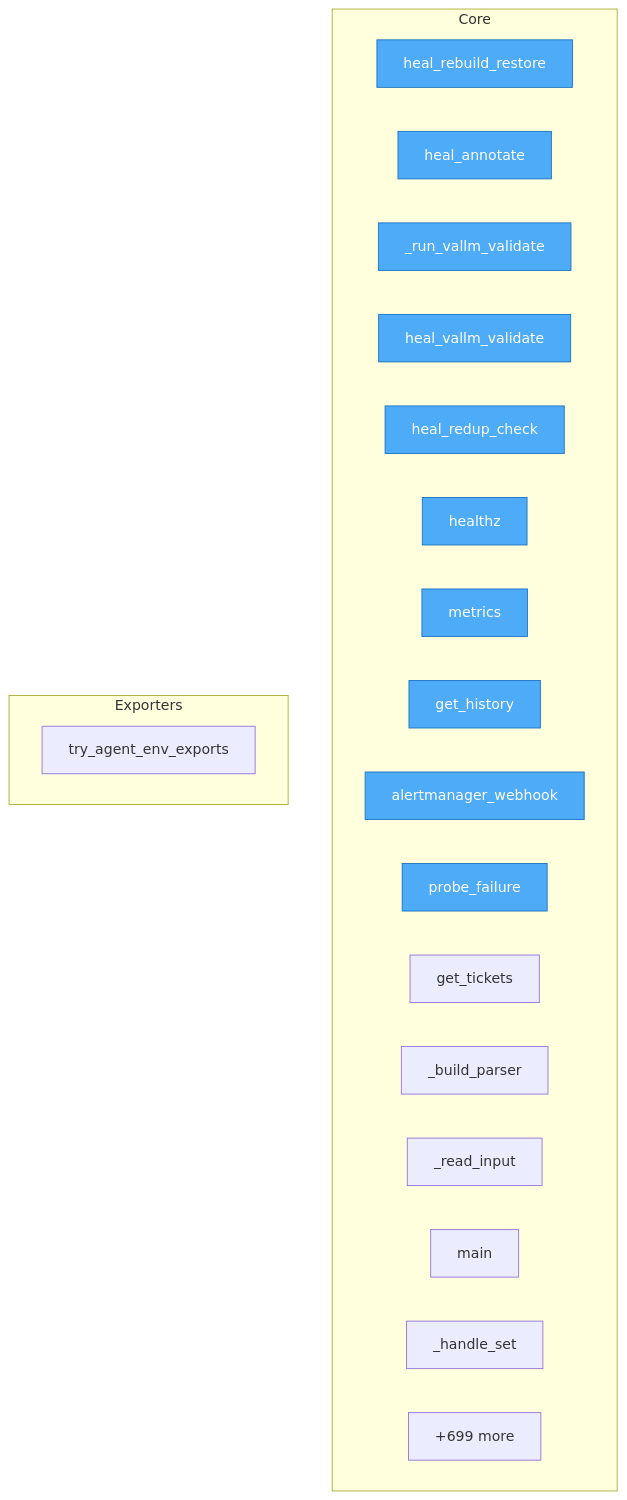
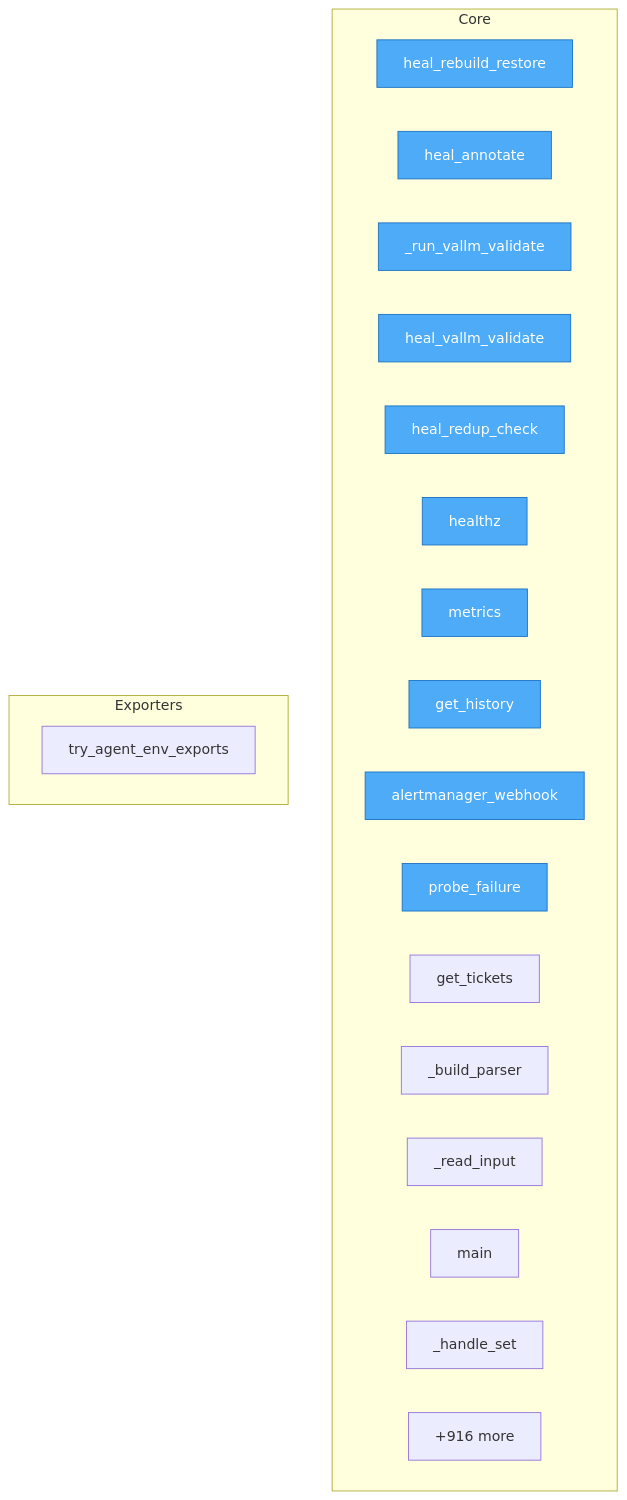
Before and after one commit to semcod/koru: the diagram in project/flow.mmd, drawn with Mermaid. The commit also changed 41 other files, not shown here.

```diff
--- a/project/flow.mmd
+++ b/project/flow.mmd
@@ -1,30 +1,30 @@
 flowchart TD
-%% generated in 0.04s
+%% generated in 0.07s
 
     %% Entry points (blue)
     classDef entry fill:#4dabf7,stroke:#1971c2,color:#fff
 
     subgraph Core
         services__healing_webhook__app__heal_rebuild_restore["heal_rebuild_restore"]
         services__healing_webhook__app__heal_annotate["heal_annotate"]
         services__healing_webhook__app___run_vallm_validate["_run_vallm_validate"]
         services__healing_webhook__app__heal_vallm_validate["heal_vallm_validate"]
         services__healing_webhook__app__heal_redup_check["heal_redup_check"]
         services__healing_webhook__app__healthz["healthz"]
         services__healing_webhook__app__metrics["metrics"]
         services__healing_webhook__app__get_history["get_history"]
         services__healing_webhook__app__alertmanager_webhook["alertmanager_webhook"]
         services__healing_webhook__app__probe_failure["probe_failure"]
         services__healing_webhook__app__get_tickets["get_tickets"]
         src__korudsl__cli___build_parser["_build_parser"]
         src__korudsl__cli___read_input["_read_input"]
         src__korudsl__cli__main["main"]
         src__korudsl__library___handle_set["_handle_set"]
-        ...["+699 more"]
+        ...["+916 more"]
     end
 
     subgraph Exporters
         src__koru__agent_cli_helpers__try_agent_env_exports["try_agent_env_exports"]
     end
 
     class services__healing_webhook__app__heal_rebuild_restore,services__healing_webhook__app__heal_annotate,services__healing_webhook__app___run_vallm_validate,services__healing_webhook__app__heal_vallm_validate,services__healing_webhook__app__heal_redup_check,services__healing_webhook__app__healthz,services__healing_webhook__app__metrics,services__healing_webhook__app__get_history,services__healing_webhook__app__alertmanager_webhook,services__healing_webhook__app__probe_failure entry
```
